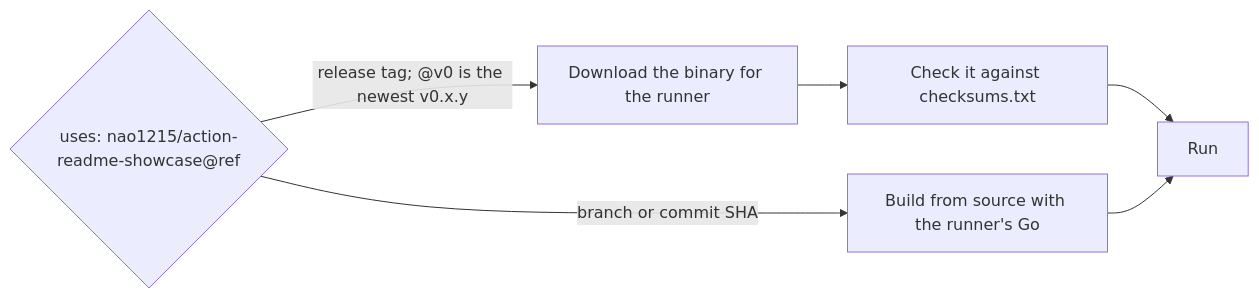
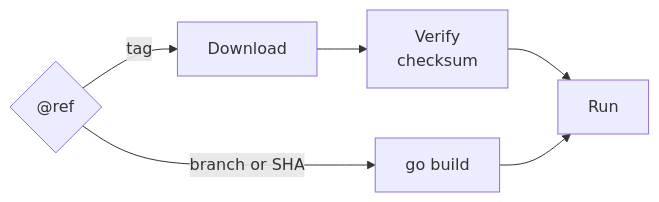
The fifth of 5 diagrams in README.md (nao1215/action-readme-showcase), drawn with Mermaid before and after one commit. The commit also changed other lines of this file, not shown here.

First line of the commit message:
docs: shorten mermaid labels so GitHub does not clip them

````diff
--- a/README.md
+++ b/README.md
@@ -293,6 +293,5 @@
 ```mermaid
 flowchart LR
-  ref{"uses: nao1215/action-readme-showcase@ref"} -->|"release tag; @v0 is the newest v0.x.y"| download["Download the binary for the runner"]
-  download --> verify["Check it against checksums.txt"] --> run["Run"]
-  ref -->|"branch or commit SHA"| build["Build from source with the runner's Go"] --> run
+  ref{"@ref"} -->|tag| download["Download"] --> verify["Verify<br>checksum"] --> run["Run"]
+  ref -->|branch or SHA| build["go build"] --> run
 ```
````
